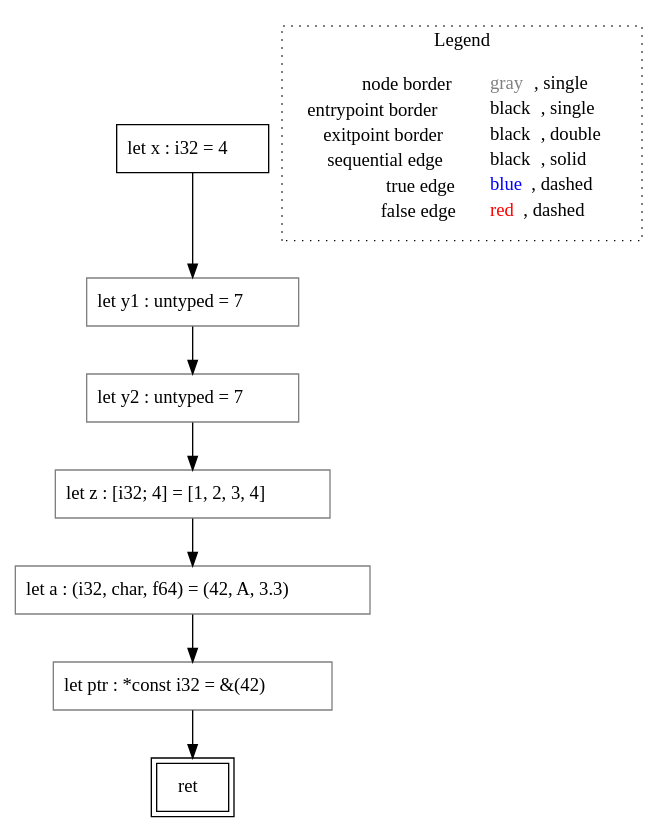
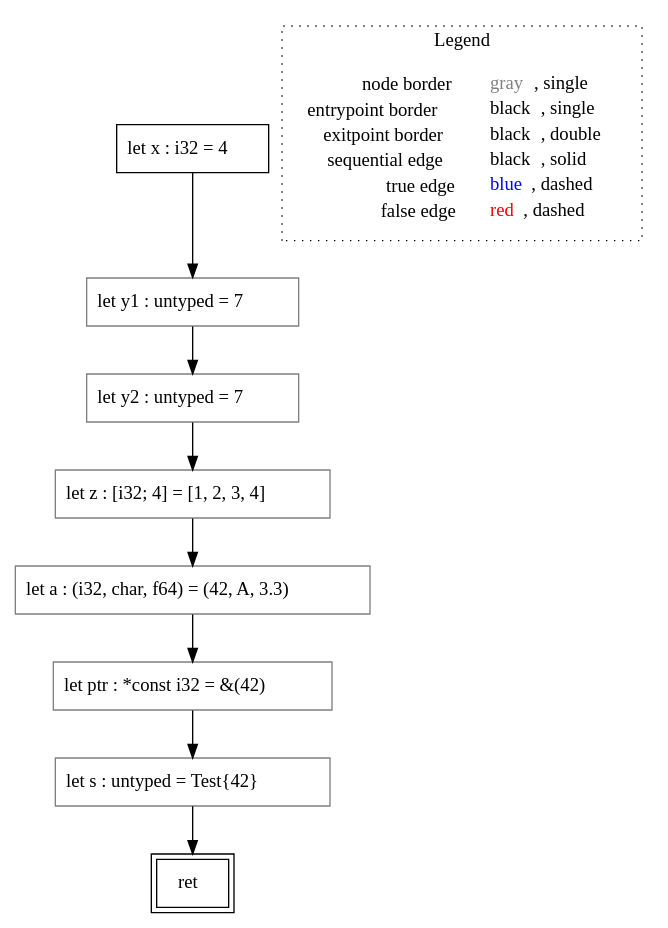
Before and after one commit to VincenzoArceri/rust-lisa: the diagram in rust-lisa/rust-testcases/cfg/type-parsing/()_rust-testcases_cfg_type-parsing_type-parsing.rs.main().dot, drawn with Graphviz. The commit also changed 2 other files, not shown here.

Commit message:
#22 Add test for RustStructLiteral

```diff
--- a/rust-lisa/rust-testcases/cfg/type-parsing/()_rust-testcases_cfg_type-parsing_type-parsing.rs.main().dot
+++ b/rust-lisa/rust-testcases/cfg/type-parsing/()_rust-testcases_cfg_type-parsing_type-parsing.rs.main().dot
@@ -1,22 +1,24 @@
 digraph {
 	"node0" [shape="rect",color="black",label=<let x : i32 = 4>];
-	"node1" [shape="rect",color="gray",label=<let a : (i32, char, f64) = (42, A, 3.3)>];
+	"node1" [shape="rect",color="gray",label=<let s : untyped = Test{42}>];
 	"node2" [shape="rect",color="gray",label=<let ptr : *const i32 = &amp;(42)>];
-	"node3" [shape="rect",color="gray",label=<let y2 : untyped = 7>];
+	"node3" [shape="rect",color="black",peripheries="2",label=<ret>];
 	"node4" [shape="rect",color="gray",label=<let y1 : untyped = 7>];
 	"node5" [shape="rect",color="gray",label=<let z : [i32; 4] = [1, 2, 3, 4]>];
-	"node6" [shape="rect",color="black",peripheries="2",label=<ret>];
-	"node1" -> "node2" [color="black"];
-	"node2" -> "node6" [color="black"];
-	"node3" -> "node5" [color="black"];
+	"node6" [shape="rect",color="gray",label=<let y2 : untyped = 7>];
+	"node7" [shape="rect",color="gray",label=<let a : (i32, char, f64) = (42, A, 3.3)>];
+	"node1" -> "node3" [color="black"];
+	"node2" -> "node1" [color="black"];
+	"node4" -> "node6" [color="black"];
+	"node5" -> "node7" [color="black"];
 	"node0" -> "node4" [color="black"];
-	"node4" -> "node3" [color="black"];
-	"node5" -> "node1" [color="black"];
+	"node6" -> "node5" [color="black"];
+	"node7" -> "node2" [color="black"];
 subgraph cluster_legend {
 	label="Legend";
 	style=dotted;
 	node [shape=plaintext];
 	"legend" [label=<<table border="0" cellpadding="2" cellspacing="0" cellborder="0"><tr><td align="right">node border&nbsp;</td><td align="left"><font color="gray">gray</font>, single</td></tr><tr><td align="right">entrypoint border&nbsp;</td><td align="left"><font color="black">black</font>, single</td></tr><tr><td align="right">exitpoint border&nbsp;</td><td align="left"><font color="black">black</font>, double</td></tr><tr><td align="right">sequential edge&nbsp;</td><td align="left"><font color="black">black</font>, solid</td></tr><tr><td align="right">true edge&nbsp;</td><td align="left"><font color="blue">blue</font>, dashed</td></tr><tr><td align="right">false edge&nbsp;</td><td align="left"><font color="red">red</font>, dashed</td></tr></table>>];
 }
 
 }
```
